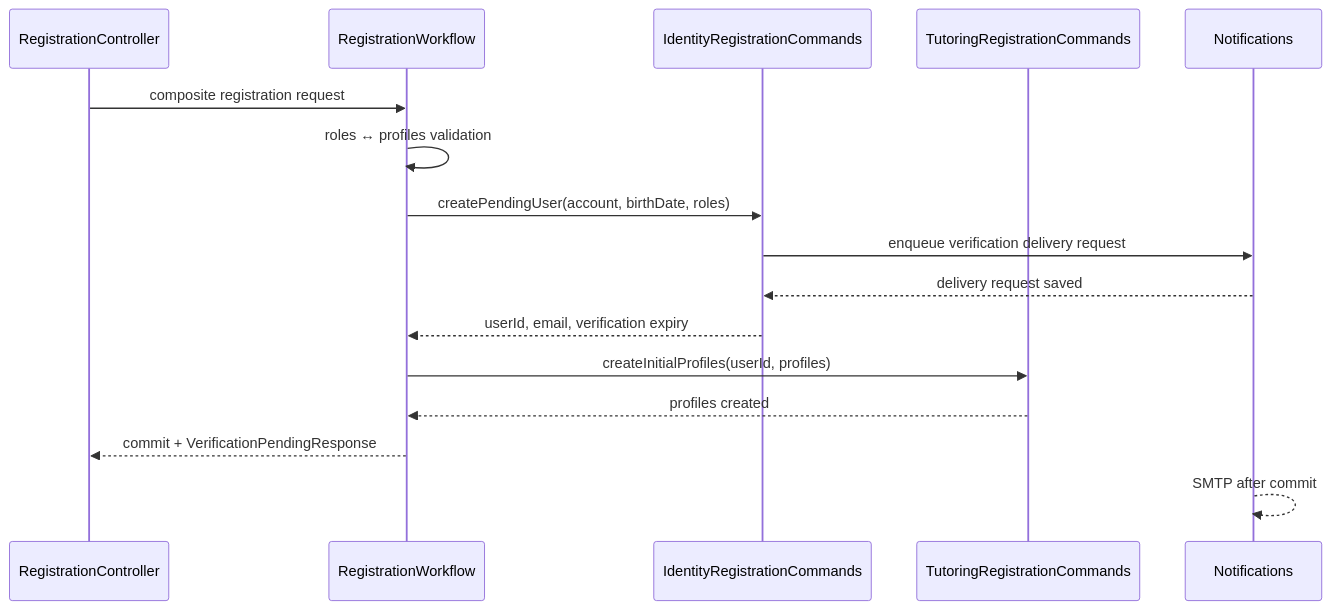
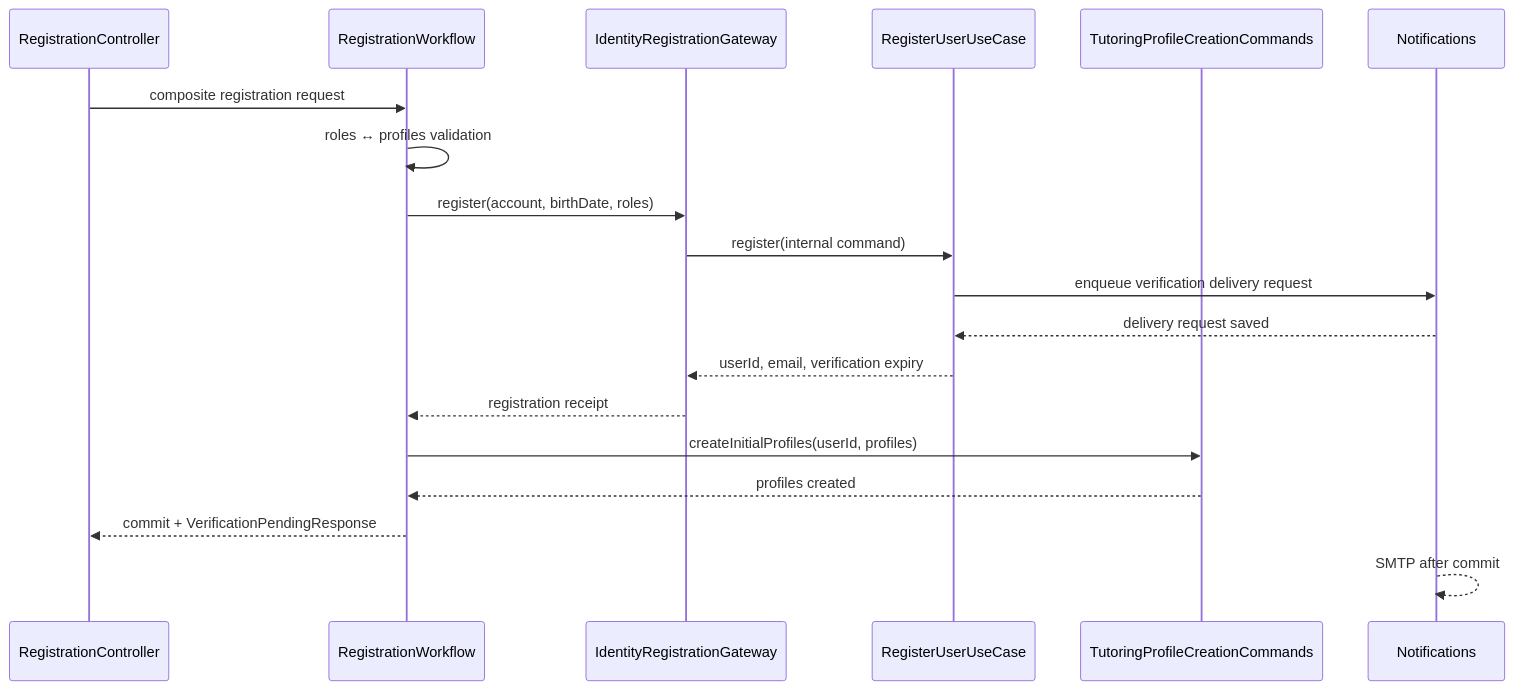
Before and after one commit to EdTechDevelopment/EdTech: the second of 2 diagrams in docs/architecture/identity/IDENTITY_ARCHITECTURE.md, drawn with Mermaid. The commit also changed other lines of this file and 121 other files, not shown here.

Commit message:
implement tutoring api module + update identity

````diff
--- a/docs/architecture/identity/IDENTITY_ARCHITECTURE.md
+++ b/docs/architecture/identity/IDENTITY_ARCHITECTURE.md
@@ -1114,19 +1119,22 @@
 ```mermaid
 sequenceDiagram
     participant C as RegistrationController
     participant W as RegistrationWorkflow
-    participant I as IdentityRegistrationCommands
-    participant T as TutoringRegistrationCommands
+    participant G as IdentityRegistrationGateway
+    participant I as RegisterUserUseCase
+    participant T as TutoringProfileCreationCommands
     participant N as Notifications
 
     C->>W: composite registration request
     W->>W: roles ↔ profiles validation
-    W->>I: createPendingUser(account, birthDate, roles)
+    W->>G: register(account, birthDate, roles)
+    G->>I: register(internal command)
     I->>N: enqueue verification delivery request
     N-->>I: delivery request saved
-    I-->>W: userId, email, verification expiry
+    I-->>G: userId, email, verification expiry
+    G-->>W: registration receipt
     W->>T: createInitialProfiles(userId, profiles)
     T-->>W: profiles created
     W-->>C: commit + VerificationPendingResponse
     N-->>N: SMTP after commit
 ```
````
